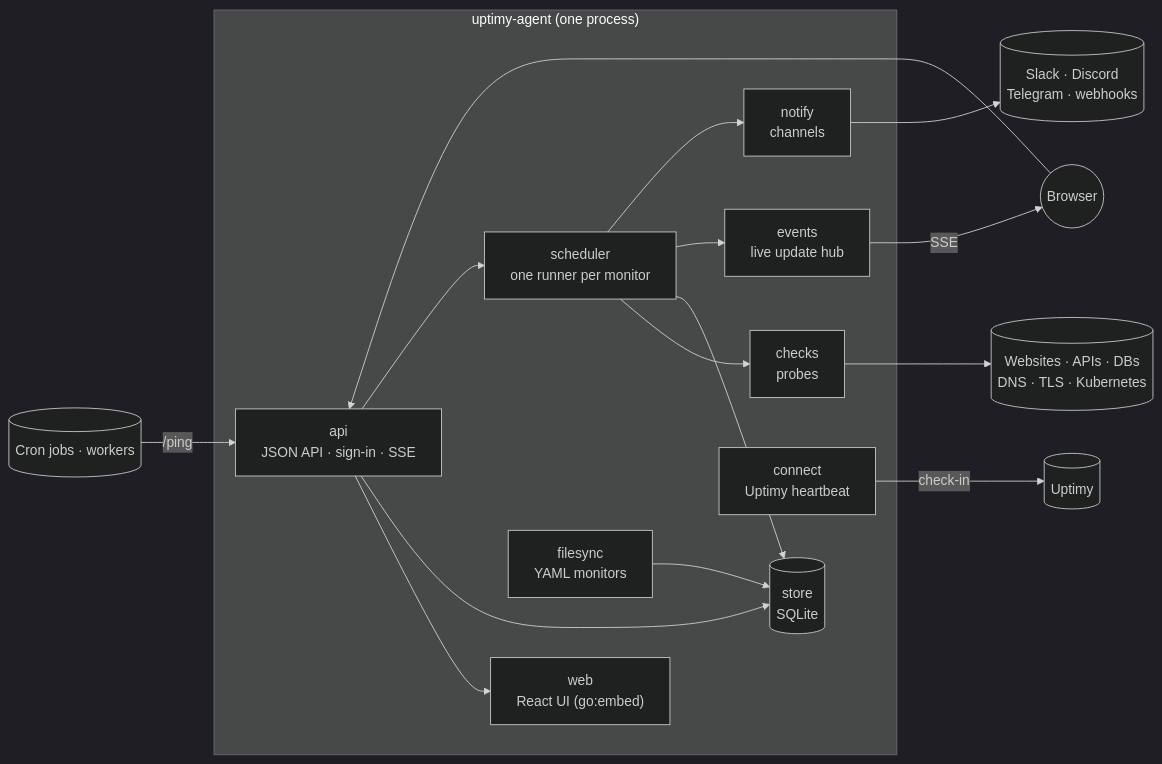
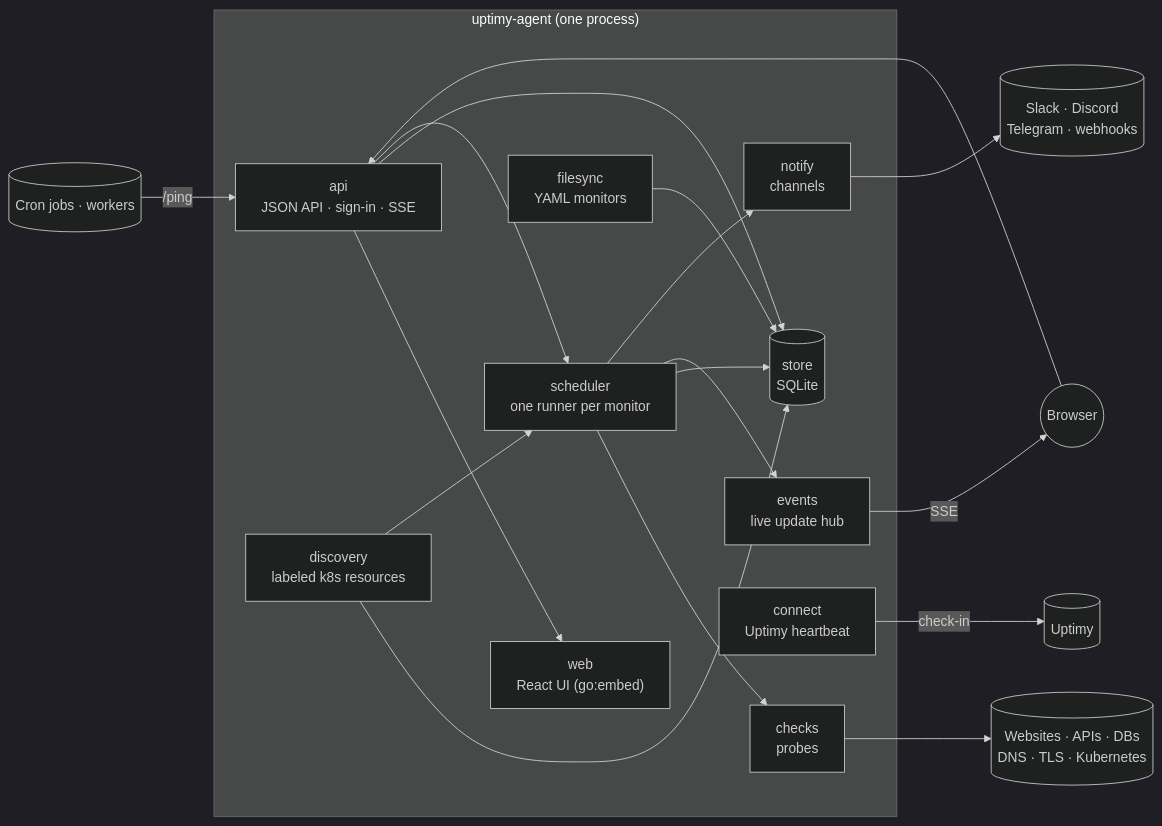
One commit to sanikapanika/agent changed the diagram in ARCHITECTURE.md. Above: the diagram before and after it, drawn with Mermaid (dark theme). The commit also changed other lines of this file and 29 other files, not shown here.

First line of the commit message:
Kubernetes auto-discovery: monitor resources labeled upti.my/monitor=true

````diff
--- a/ARCHITECTURE.md
+++ b/ARCHITECTURE.md
@@ -5,29 +5,32 @@
 ```mermaid
 flowchart LR
     subgraph Agent["uptimy-agent (one process)"]
         API["api<br/>JSON API · sign-in · SSE"]
         UI["web<br/>React UI (go:embed)"]
         Sched["scheduler<br/>one runner per monitor"]
         Checks["checks<br/>probes"]
         Notify["notify<br/>channels"]
         Store[("store<br/>SQLite")]
         Hub["events<br/>live update hub"]
         Files["filesync<br/>YAML monitors"]
+        Discovery["discovery<br/>labeled k8s resources"]
         Watchdog["connect<br/>Uptimy heartbeat"]
     end
 
     Browser((Browser)) --> API
     API --> UI
     API --> Store
     API --> Sched
     Files --> Store
+    Discovery --> Store
+    Discovery --> Sched
     Sched --> Checks
     Checks --> Targets[(Websites · APIs · DBs<br/>DNS · TLS · Kubernetes)]
     CronJobs[(Cron jobs · workers)] -- /ping --> API
     Sched --> Store
     Sched --> Hub
     Hub -- SSE --> Browser
     Sched --> Notify
     Notify --> Channels[(Slack · Discord<br/>Telegram · webhooks)]
     Watchdog -- check-in --> Uptimy[(Uptimy)]
 ```
````
